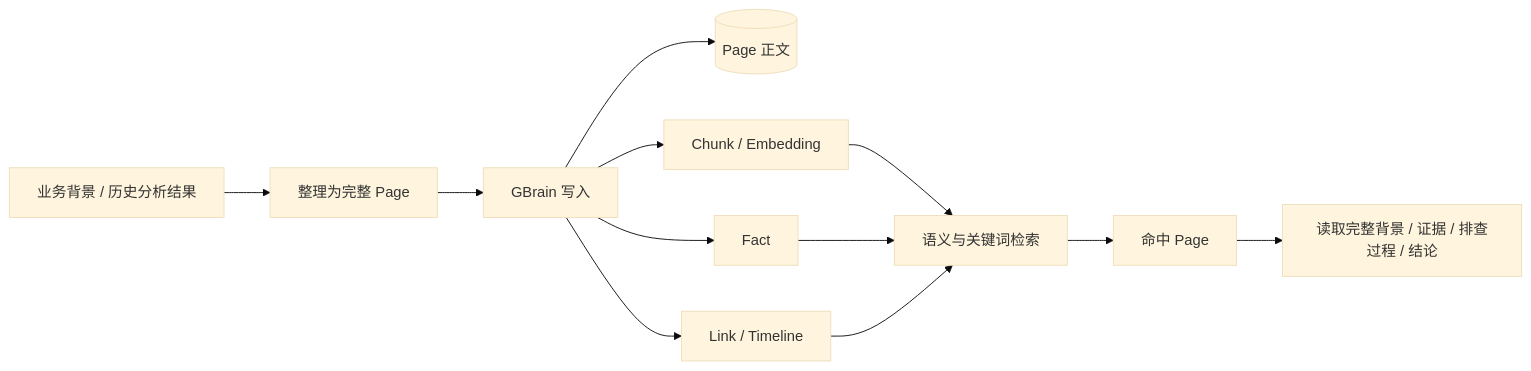
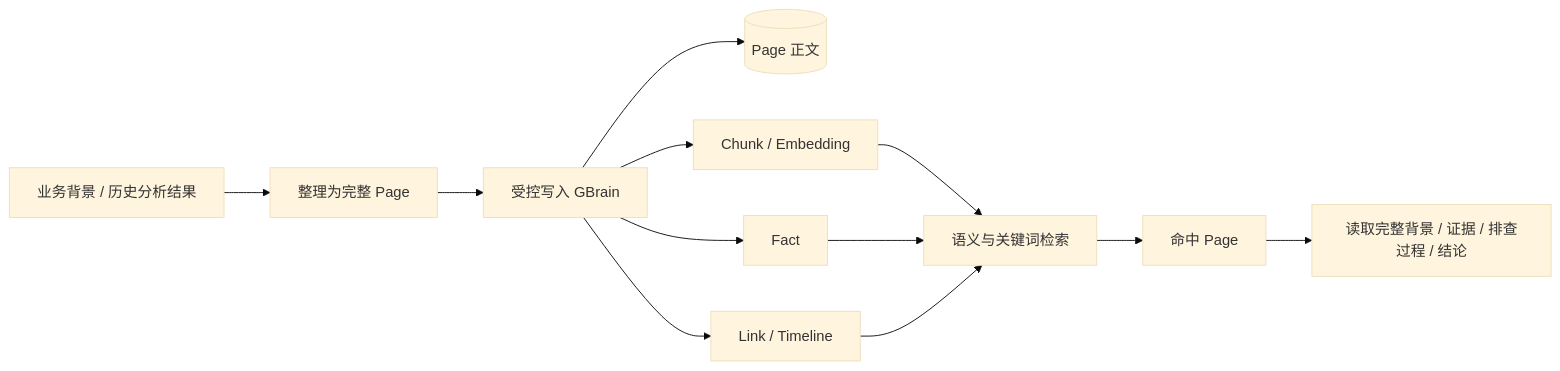
One commit to sgfd-ui/internship changed the third of 4 diagrams in weekly-report/gbrain-dify-shared-knowledge.md. Above: the diagram before and after it, drawn with Mermaid (base theme). The commit also changed other lines of this file, not shown here.

Commit message:
Rewrite GBrain deployment for DevOps container

````diff
--- a/weekly-report/gbrain-dify-shared-knowledge.md
+++ b/weekly-report/gbrain-dify-shared-knowledge.md
@@ -118,17 +123,17 @@
 ```mermaid
 flowchart LR
     A[业务背景 / 历史分析结果]
     --> B[整理为完整 Page]
-    --> C[GBrain 写入]
+    --> C[受控写入 GBrain]
 
     C --> D[(Page 正文)]
     C --> E[Chunk / Embedding]
     C --> F[Fact]
     C --> G[Link / Timeline]
 
     E --> H[语义与关键词检索]
     F --> H
     G --> H
     H --> I[命中 Page]
     I --> J[读取完整背景 / 证据 / 排查过程 / 结论]
 ```
````
